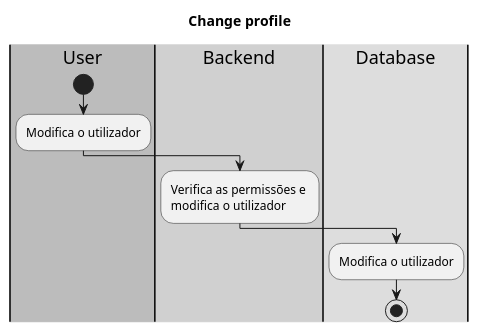
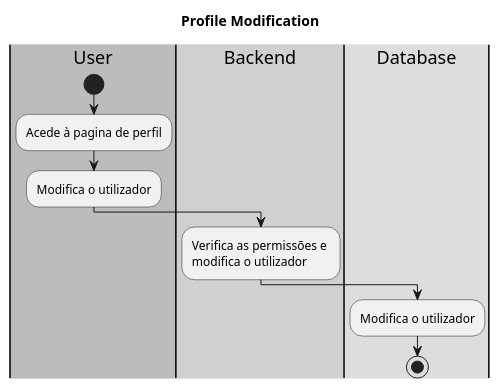
One commit to ricardofalcao/My-Cloud changed the diagram in docs/activity-diagrams/change-profile.puml. Above: the diagram before and after it, drawn with PlantUML. The commit also changed 11 other files, not shown here.

Commit message:
Activity diagrams review

```diff
--- a/docs/activity-diagrams/change-profile.puml
+++ b/docs/activity-diagrams/change-profile.puml
@@ -1,20 +1,21 @@
 @startuml
 
 skinparam Monochrome true
 
-title Change profile
+title Profile Modification
 
 |#bcbcbc|User|
 |#d0d0d0|Backend|
 |#dddddd|Database|
 
 |User|
 start
+    :Acede à pagina de perfil;
     :Modifica o utilizador;
     |Backend|
     :Verifica as permissões e \nmodifica o utilizador;
     |Database|
     :Modifica o utilizador;
 stop
 
 @enduml
```
